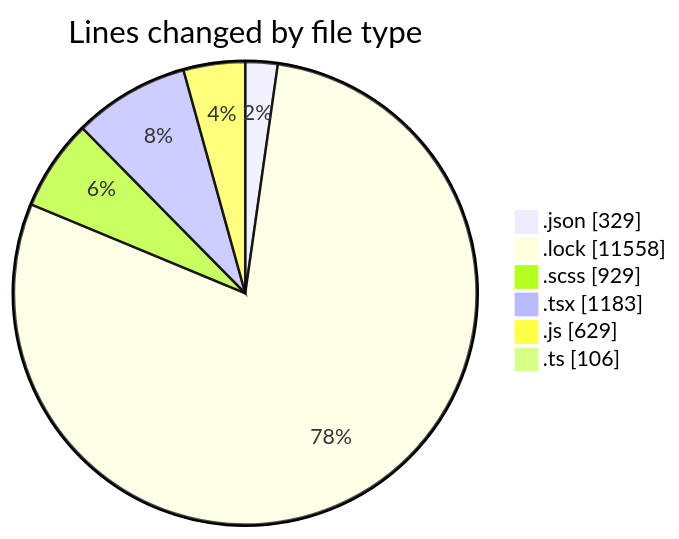
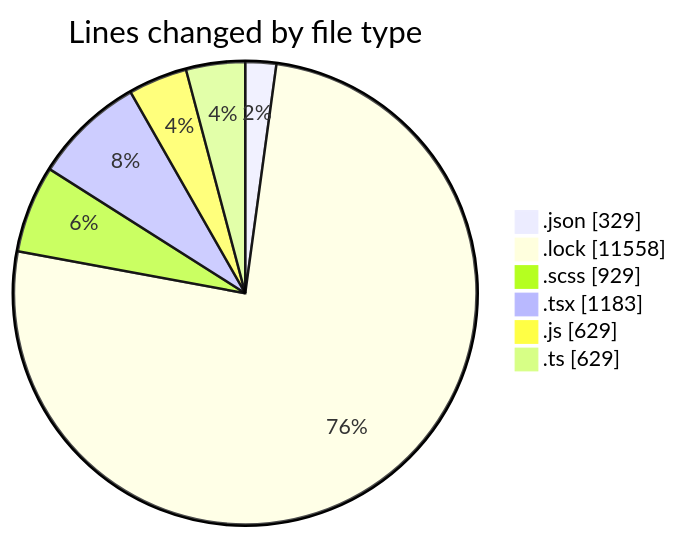
One commit to momahboobian/code-tracking changed the first of 2 diagrams in 2026-05-18/cda/README.md. Above: the diagram before and after it, drawn with Mermaid. The commit also changed other lines of this file and 1 other file, not shown here.

````diff
--- a/2026-05-18/cda/README.md
+++ b/2026-05-18/cda/README.md
@@ -40,10 +41,10 @@
 ```mermaid
 pie showData
 title Lines changed by file type
 ".json" : 329
 ".lock" : 11558
 ".scss" : 929
 ".tsx" : 1183
 ".js" : 629
-".ts" : 106
+".ts" : 629
 ```
````
